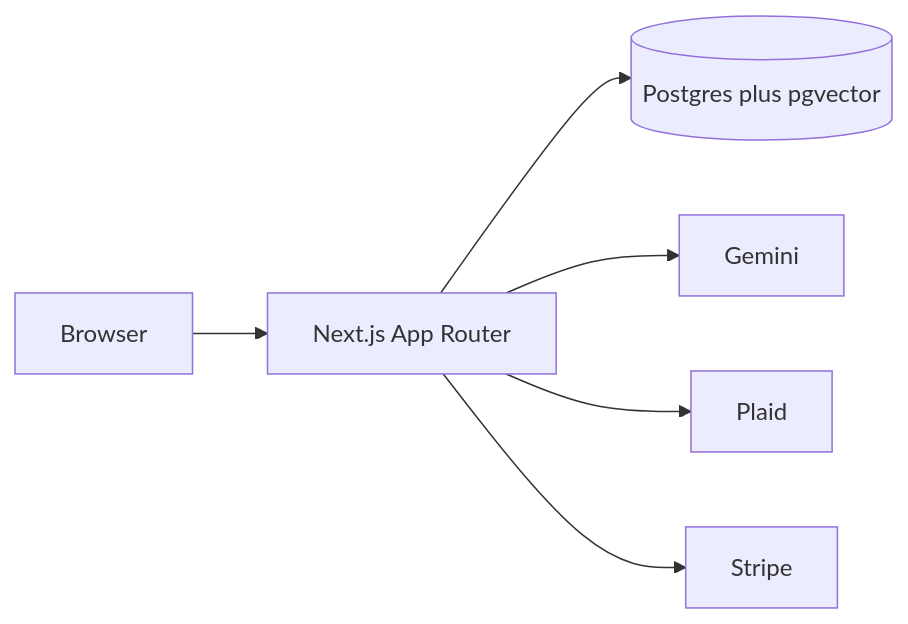
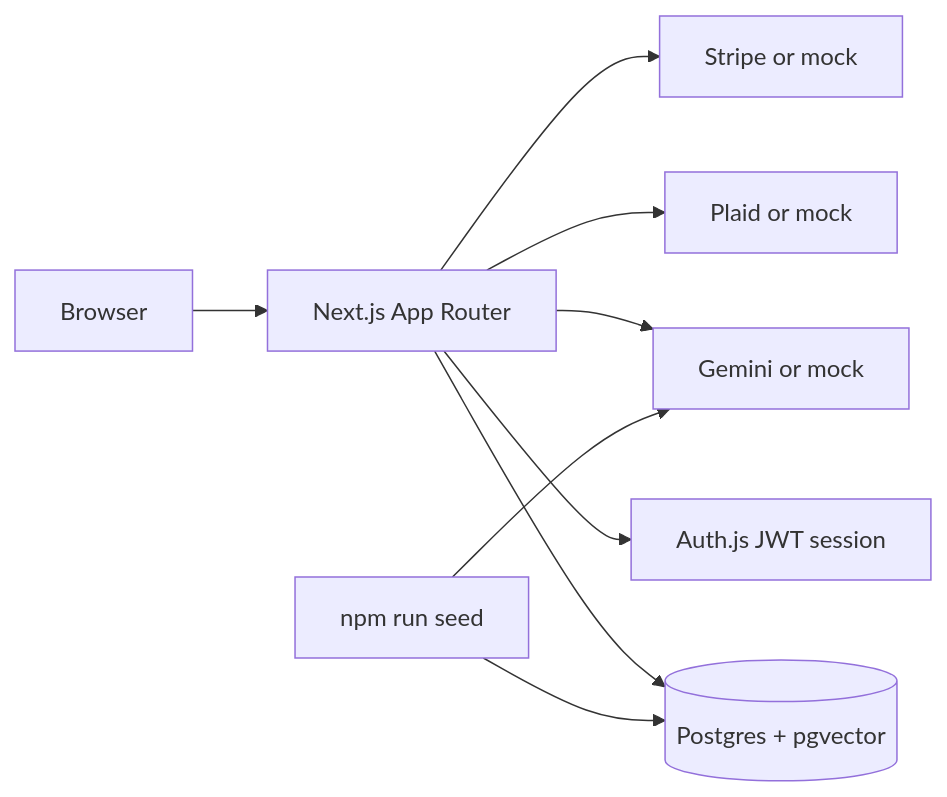
One commit to AnanthiVasan/spendsense changed the first of 2 diagrams in docs/architecture.md. Above: the diagram before and after it, drawn with Mermaid. The commit also changed other lines of this file and 4 other files, not shown here.

````diff
--- a/docs/architecture.md
+++ b/docs/architecture.md
@@ -5,8 +7,11 @@
 ```mermaid
 flowchart LR
   user[Browser] --> next[Next.js App Router]
-  next --> pg[(Postgres plus pgvector)]
-  next --> gemini[Gemini]
-  next --> plaid[Plaid]
-  next --> stripe[Stripe]
+  next --> auth[Auth.js JWT session]
+  next --> pg[(Postgres + pgvector)]
+  next --> gemini[Gemini or mock]
+  next --> plaid[Plaid or mock]
+  next --> stripe[Stripe or mock]
+  seed[npm run seed] --> pg
+  seed --> gemini
 ```
````
